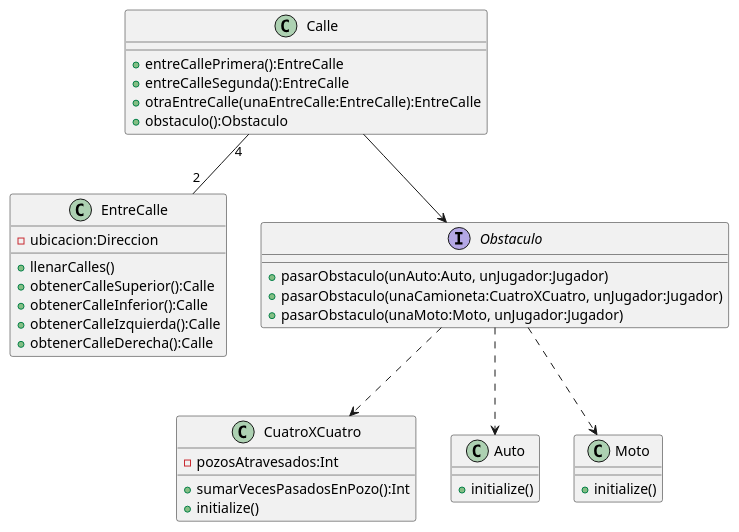
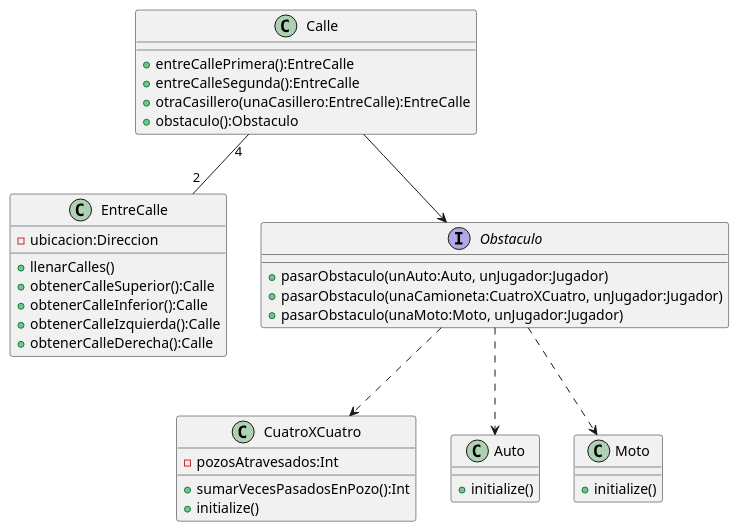
Before and after one commit to JorgeSedek/algo3_tp2: the diagram in diagrams/classes/Entrega 1/diagramaClases2.puml, drawn with PlantUML. The commit also changed 11 other files, not shown here.

Commit message:
se cambiar los nombres de Gps y EntreCalle

```diff
--- a/diagrams/classes/Entrega 1/diagramaClases2.puml
+++ b/diagrams/classes/Entrega 1/diagramaClases2.puml
@@ -1,48 +1,48 @@
 @startuml
 class EntreCalle{
 -ubicacion:Direccion
 +llenarCalles()
 +obtenerCalleSuperior():Calle
 +obtenerCalleInferior():Calle
 +obtenerCalleIzquierda():Calle
 +obtenerCalleDerecha():Calle
 
 }
 
 class Calle{
 +entreCallePrimera():EntreCalle
 +entreCalleSegunda():EntreCalle
-+otraEntreCalle(unaEntreCalle:EntreCalle):EntreCalle
++otraCasillero(unaCasillero:EntreCalle):EntreCalle
 +obstaculo():Obstaculo
 }
 
 interface Obstaculo{
 +pasarObstaculo(unAuto:Auto, unJugador:Jugador)
 +pasarObstaculo(unaCamioneta:CuatroXCuatro, unJugador:Jugador)
 +pasarObstaculo(unaMoto:Moto, unJugador:Jugador)
 }
 
 
 class CuatroXCuatro{
 -pozosAtravesados:Int
 +sumarVecesPasadosEnPozo():Int
 +initialize()
 }
 
 class Auto{
 +initialize()
 }
 
 class Moto{
 +initialize()
 }
 
 Calle "4"--"2" EntreCalle
 Calle --> Obstaculo
 Obstaculo ..> Auto
 Obstaculo ..> CuatroXCuatro
 Obstaculo ..> Moto
 
 
 
 @enduml
```
